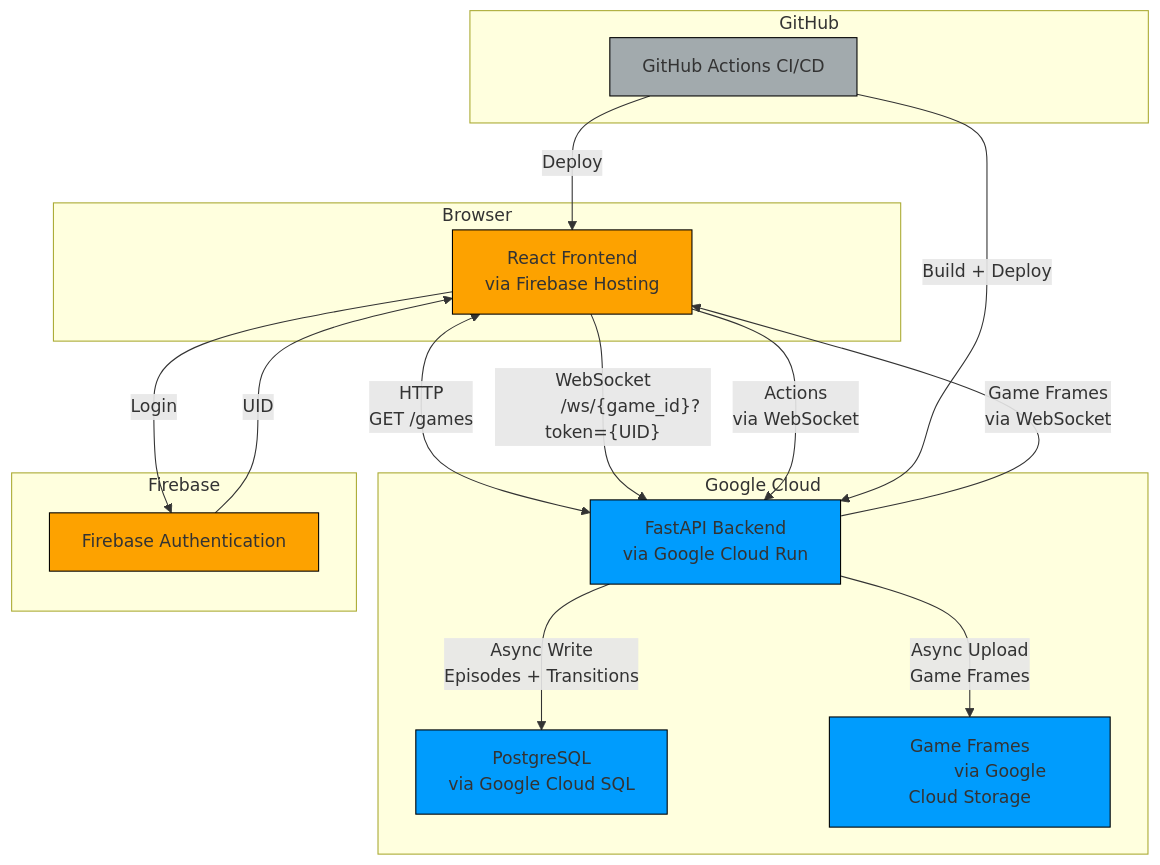
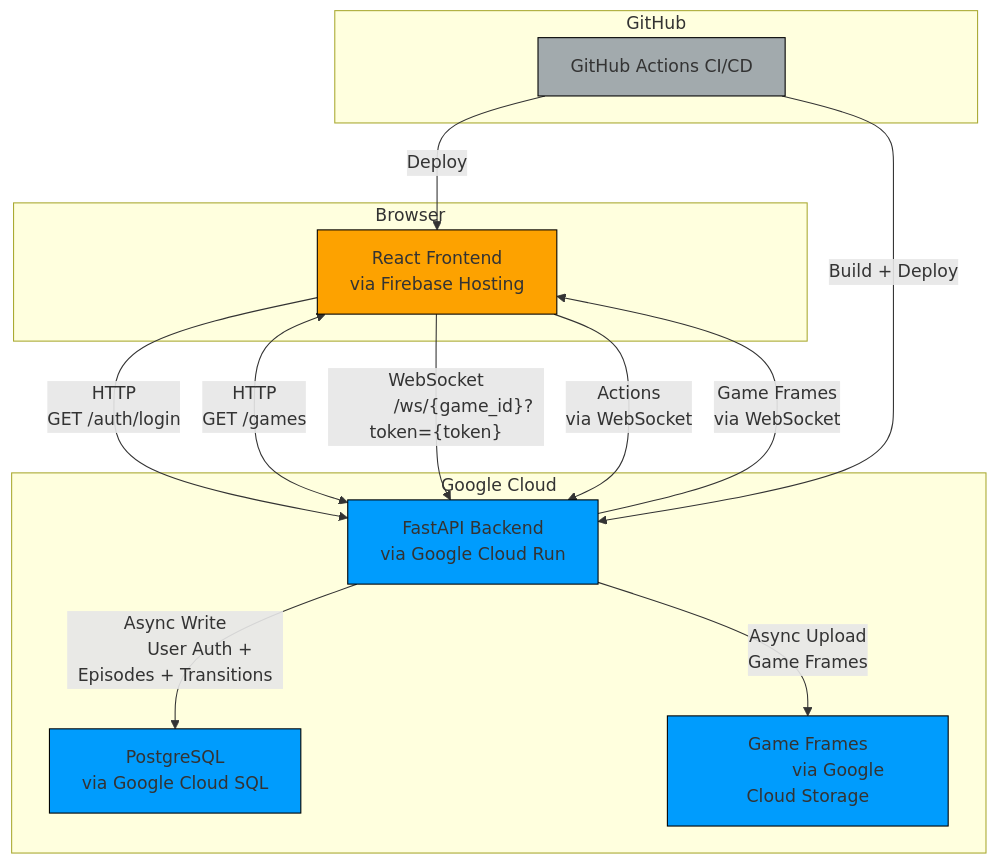
The first of 2 diagrams in README.md (farazeid/skill-arcade), drawn with Mermaid before and after one commit. The commit also changed other lines of this file and 16 other files, not shown here.

First line of the commit message:
Add: FastAPI Auth + Remove Firebase Auth (#26)

````diff
--- a/README.md
+++ b/README.md
@@ -38,60 +37,55 @@
 ```mermaid
 graph TD
     subgraph Browser
         A[
             React Frontend
             via Firebase Hosting
         ]
     end
 
     subgraph Google Cloud
         B[
             FastAPI Backend
             via Google Cloud Run
         ]
         C[
             PostgreSQL
             via Google Cloud SQL
         ]
         D[
             Game Frames
             via Google Cloud Storage
         ]
     end
 
-    subgraph Firebase
-        F[Firebase Authentication]
-    end
-
     subgraph GitHub
         E[GitHub Actions CI/CD]
     end
 
-    A -- Login --> F
-    F -- UID --> A
+    A -- HTTP
+          GET /auth/login --> B
 
     A <-- HTTP
           GET /games --> B
 
     A -- WebSocket
-          /ws/{game_id}?token={UID} --> B
+          /ws/{game_id}?token={token} --> B
     A -- Actions
           via WebSocket --> B
     B -- Game Frames
           via WebSocket --> A
 
     B -- Async Write
-          Episodes + Transitions --> C
+          User Auth + Episodes + Transitions --> C
     B -- Async Upload
           Game Frames --> D
 
     E -- Deploy --> A
     E -- Build + Deploy --> B
 
     style A fill:#fda200,stroke:#000000,stroke-width:1px
     style B fill:#009cfd,stroke:#000000,stroke-width:1px
     style C fill:#009cfd,stroke:#000000,stroke-width:1px
     style D fill:#009cfd,stroke:#000000,stroke-width:1px
     style E fill:#a2aaad,stroke:#000000,stroke-width:1px
-    style F fill:#fda200,stroke:#000000,stroke-width:1px
 ```
````
